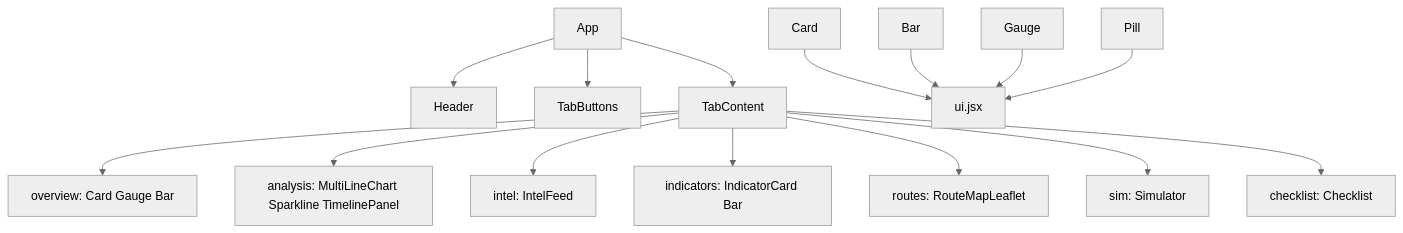
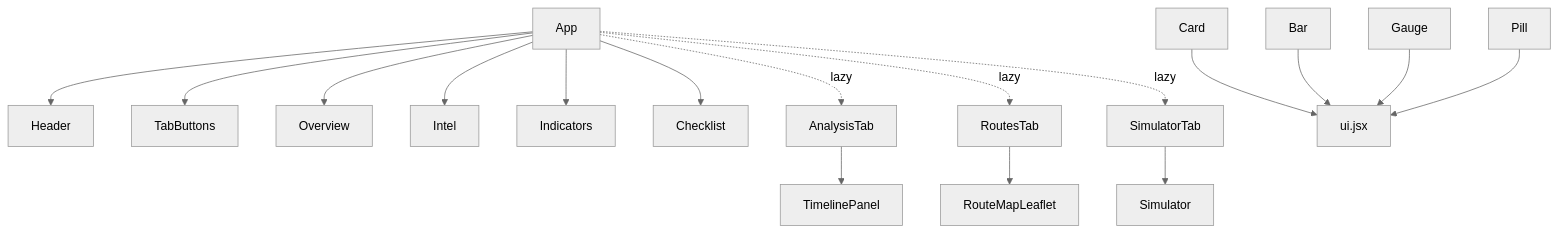
The first of 2 diagrams in docs/components.md (macho715/escapeplan), drawn with Mermaid (neutral theme) before and after one commit. The commit also changed other lines of this file and 18 other files, not shown here.

````diff
--- a/docs/components.md
+++ b/docs/components.md
@@ -9,18 +9,20 @@
 ```mermaid
 graph TB
   App[App]
   App --> Header[Header]
   App --> Tabs[TabButtons]
-  App --> Content[TabContent]
-  Content --> overview[overview: Card Gauge Bar]
-  Content --> analysis[analysis: MultiLineChart Sparkline TimelinePanel]
-  Content --> intel[intel: IntelFeed]
-  Content --> indicators[indicators: IndicatorCard Bar]
-  Content --> routes[routes: RouteMapLeaflet]
-  Content --> sim[sim: Simulator]
-  Content --> checklist[checklist: Checklist]
+  App --> Overview[Overview]
+  App --> Intel[Intel]
+  App --> Indicators[Indicators]
+  App --> Checklist[Checklist]
+  App -.lazy.-> AnalysisTab[AnalysisTab]
+  App -.lazy.-> RoutesTab[RoutesTab]
+  App -.lazy.-> SimulatorTab[SimulatorTab]
+  RoutesTab --> RouteMapLeaflet[RouteMapLeaflet]
+  AnalysisTab --> TimelinePanel[TimelinePanel]
+  SimulatorTab --> Simulator[Simulator]
   Card --> ui[ui.jsx]
   Bar --> ui
   Gauge --> ui
   Pill --> ui
 ```
````
